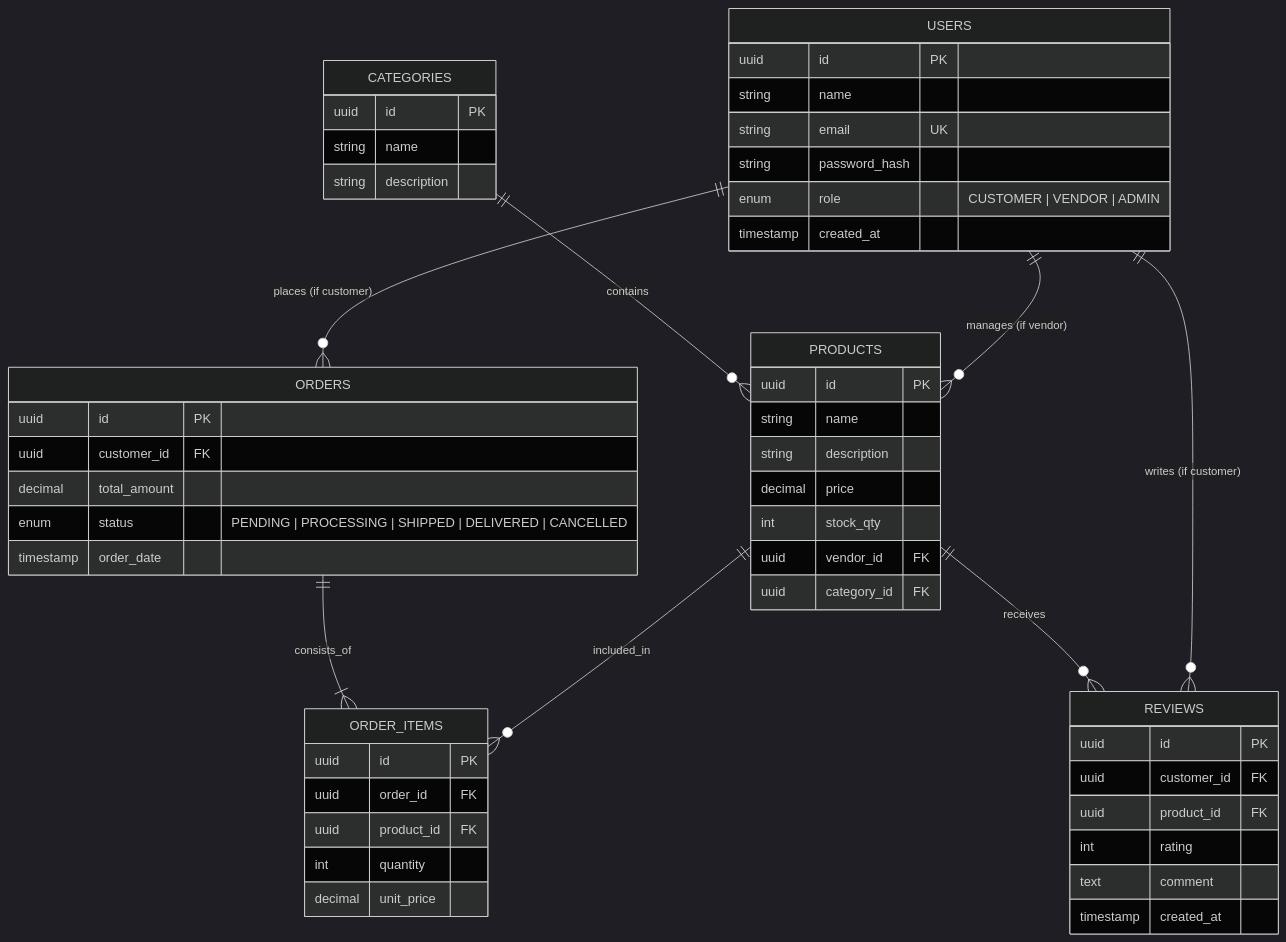
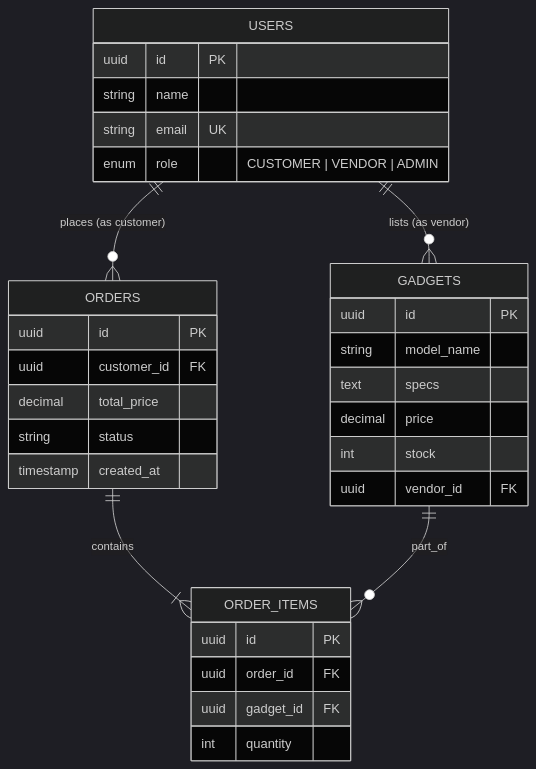
The diagram in ErDiagram.md (Subham-KRLX/SESD-PROJECT-), drawn with Mermaid (dark theme) before and after one commit. The commit also changed other lines of this file and 4 other files, not shown here.

````diff
--- a/ErDiagram.md
+++ b/ErDiagram.md
@@ -8,60 +8,38 @@
 ```mermaid
 erDiagram
     USERS {
         uuid id PK
         string name
         string email UK
-        string password_hash
         enum role "CUSTOMER | VENDOR | ADMIN"
-        timestamp created_at
     }
 
-    PRODUCTS {
+    GADGETS {
         uuid id PK
-        string name
-        string description
+        string model_name
+        text specs
         decimal price
-        int stock_qty
+        int stock
         uuid vendor_id FK
-        uuid category_id FK
-    }
-
-    CATEGORIES {
-        uuid id PK
-        string name
-        string description
     }
 
     ORDERS {
         uuid id PK
         uuid customer_id FK
-        decimal total_amount
-        enum status "PENDING | PROCESSING | SHIPPED | DELIVERED | CANCELLED"
-        timestamp order_date
+        decimal total_price
+        string status
+        timestamp created_at
     }
 
     ORDER_ITEMS {
         uuid id PK
         uuid order_id FK
-        uuid product_id FK
+        uuid gadget_id FK
         int quantity
-        decimal unit_price
     }
 
-    REVIEWS {
-        uuid id PK
-        uuid customer_id FK
-        uuid product_id FK
-        int rating
-        text comment
-        timestamp created_at
-    }
-
-    USERS ||--o{ PRODUCTS : "manages (if vendor)"
-    USERS ||--o{ ORDERS : "places (if customer)"
-    USERS ||--o{ REVIEWS : "writes (if customer)"
-    CATEGORIES ||--o{ PRODUCTS : "contains"
-    PRODUCTS ||--o{ ORDER_ITEMS : "included_in"
-    ORDERS ||--|{ ORDER_ITEMS : "consists_of"
-    PRODUCTS ||--o{ REVIEWS : "receives"
+    USERS ||--o{ GADGETS : "lists (as vendor)"
+    USERS ||--o{ ORDERS : "places (as customer)"
+    ORDERS ||--|{ ORDER_ITEMS : "contains"
+    GADGETS ||--o{ ORDER_ITEMS : "part_of"
 ```
````
